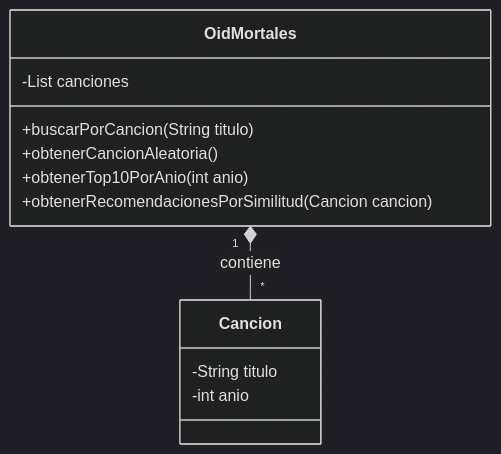
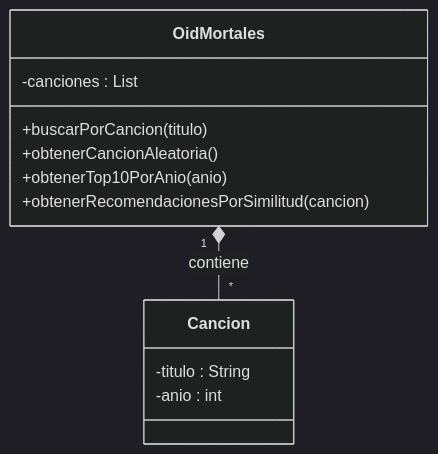
Before and after one commit to Yune3777/TPEstructuraDatos: the diagram in estructuras/Diagramadeclases.md, drawn with Mermaid (dark theme). The commit also changed other lines of this file, not shown here.

Commit message:
la tercera es la vencida

````diff
--- a/estructuras/Diagramadeclases.md
+++ b/estructuras/Diagramadeclases.md
@@ -2,17 +3,17 @@
 ```mermaid
 classDiagram
     class OidMortales {
-        -List canciones
-        +buscarPorCancion(String titulo)
+        -canciones : List
+        +buscarPorCancion(titulo)
         +obtenerCancionAleatoria()
-        +obtenerTop10PorAnio(int anio)
-        +obtenerRecomendacionesPorSimilitud(Cancion cancion)
+        +obtenerTop10PorAnio(anio)
+        +obtenerRecomendacionesPorSimilitud(cancion)
     }
 
     class Cancion {
-        -String titulo
-        -int anio
+        -titulo : String
+        -anio : int
     }
 
     OidMortales "1" *-- "*" Cancion : contiene
 ```
````
